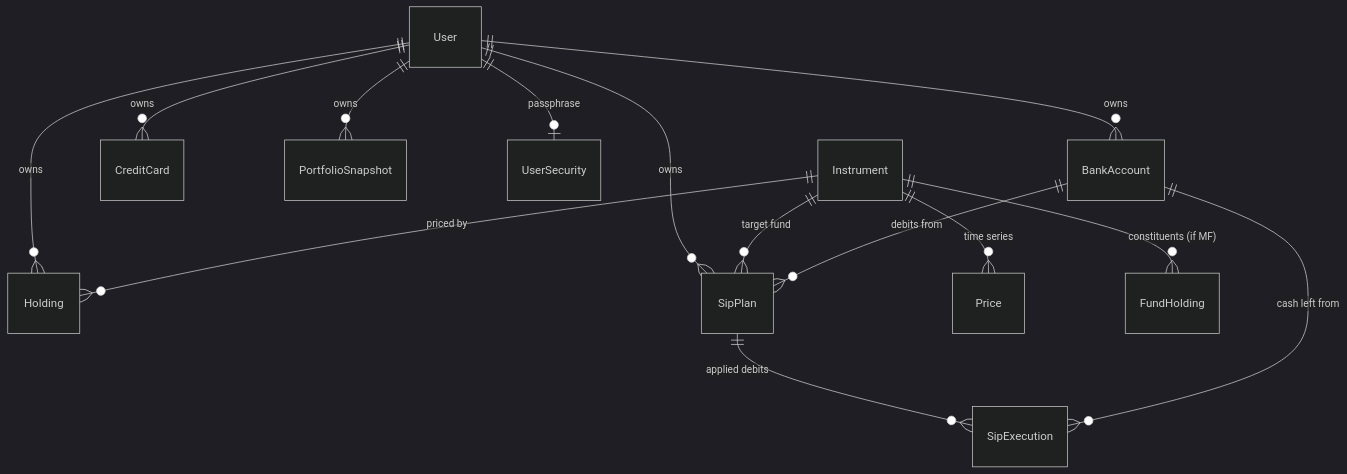
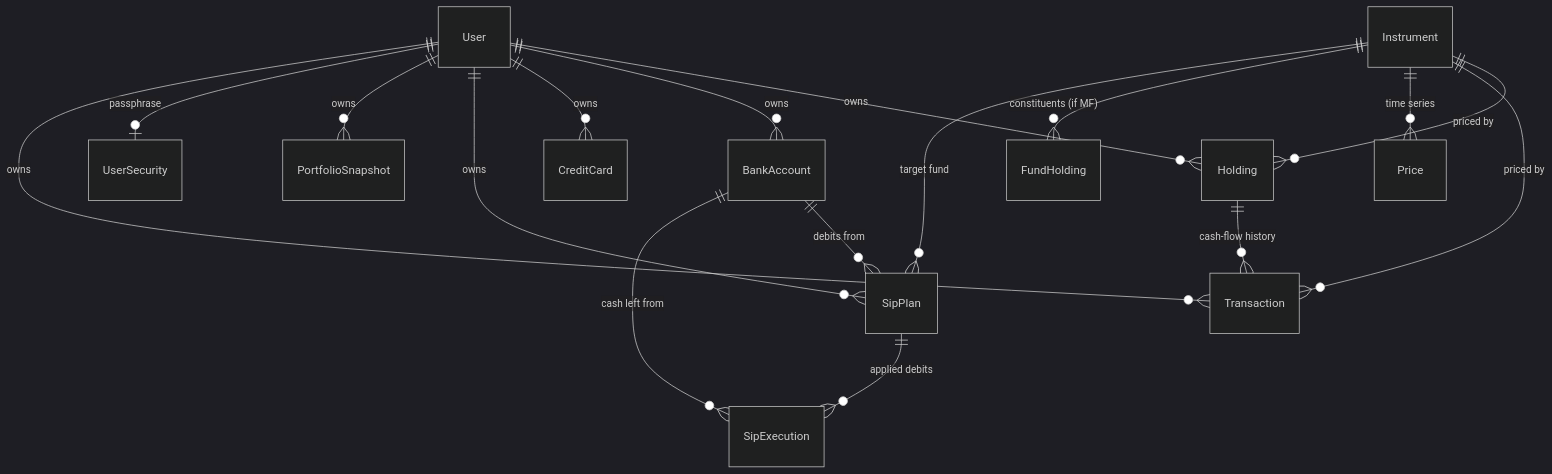
One commit to Pratishbansal20/corpus changed the second of 2 diagrams in ARCHITECTURE.md. Above: the diagram before and after it, drawn with Mermaid (dark theme). The commit also changed other lines of this file and 15 other files, not shown here.

````diff
--- a/ARCHITECTURE.md
+++ b/ARCHITECTURE.md
@@ -135,18 +138,21 @@
 ```mermaid
 erDiagram
     User ||--o{ Holding : owns
     User ||--o{ BankAccount : owns
     User ||--o{ CreditCard : owns
     User ||--o{ SipPlan : owns
     User ||--o{ PortfolioSnapshot : owns
     User ||--o| UserSecurity : "passphrase"
 
     Instrument ||--o{ Holding : "priced by"
+    Instrument ||--o{ Transaction : "priced by"
     Instrument ||--o{ Price : "time series"
     Instrument ||--o{ FundHolding : "constituents (if MF)"
     Instrument ||--o{ SipPlan : "target fund"
 
+    User ||--o{ Transaction : owns
+    Holding ||--o{ Transaction : "cash-flow history"
     SipPlan ||--o{ SipExecution : "applied debits"
     BankAccount ||--o{ SipPlan : "debits from"
     BankAccount ||--o{ SipExecution : "cash left from"
 ```
````
